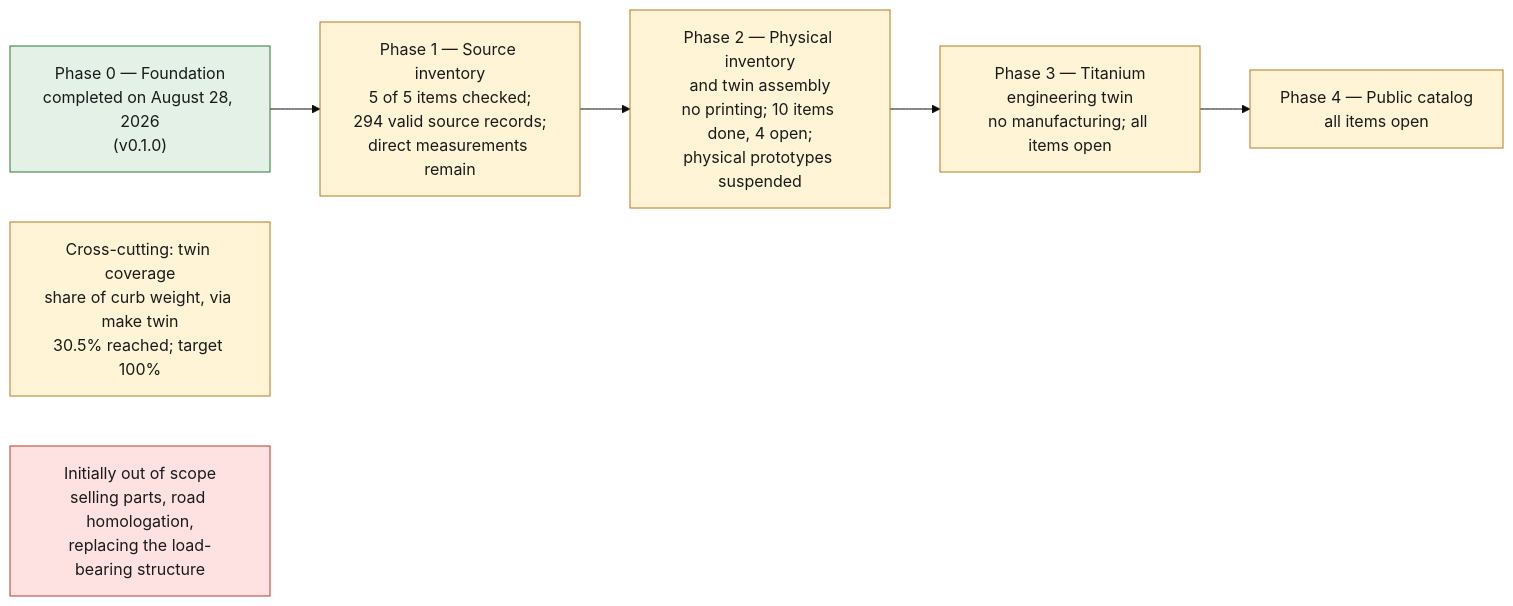
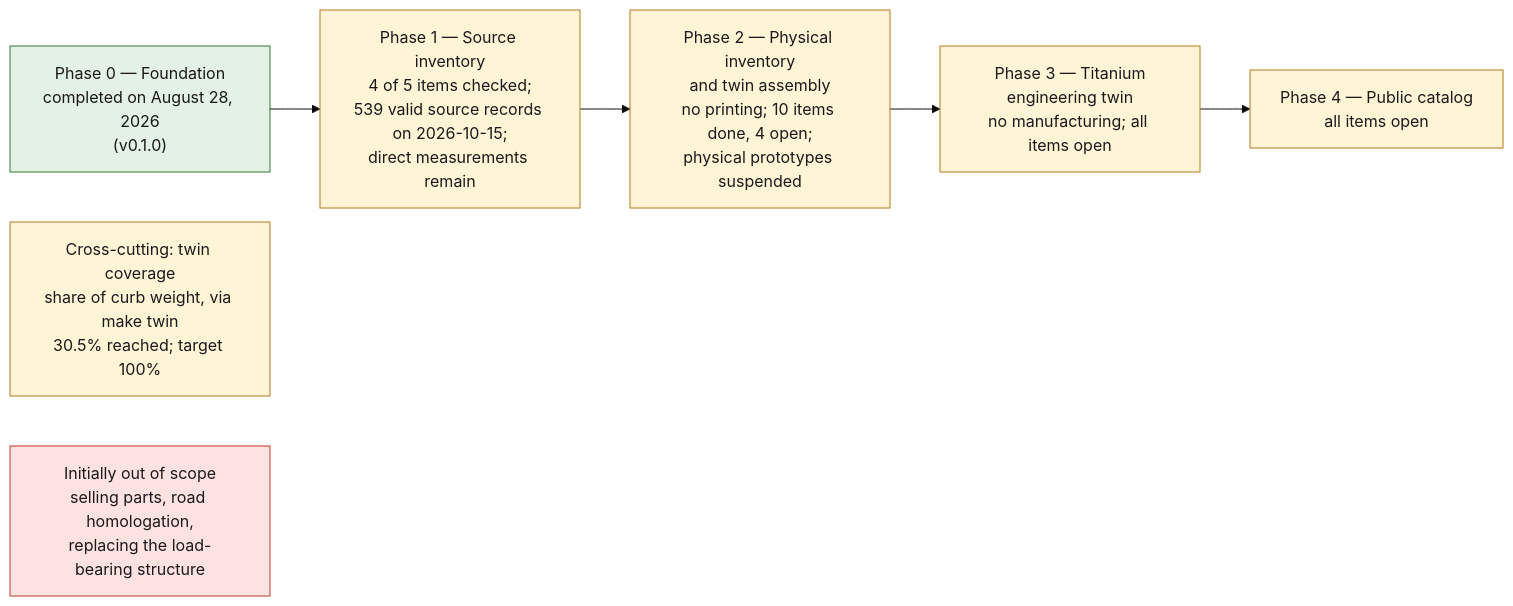
The diagram in ROADMAP.md (cluster2600/porscheparts), drawn with Mermaid (base theme) before and after one commit. The commit also changed other lines of this file and 42 other files, not shown here.

````diff
--- a/ROADMAP.md
+++ b/ROADMAP.md
@@ -5,14 +5,14 @@
 ```mermaid
 flowchart LR
     P0["Phase 0 — Foundation<br/>completed on August 28, 2026<br/>(v0.1.0)"]:::ok
-    P1["Phase 1 — Source inventory<br/>5 of 5 items checked;<br/>294 valid source records;<br/>direct measurements remain"]:::open
+    P1["Phase 1 — Source inventory<br/>4 of 5 items checked;<br/>539 valid source records on 2026-10-15;<br/>direct measurements remain"]:::open
     P2["Phase 2 — Physical inventory<br/>and twin assembly<br/>no printing; 10 items done, 4 open;<br/>physical prototypes suspended"]:::open
     P3["Phase 3 — Titanium<br/>engineering twin<br/>no manufacturing; all items open"]:::open
     P4["Phase 4 — Public catalog<br/>all items open"]:::open
     P0 --> P1 --> P2 --> P3 --> P4
     COV["Cross-cutting: twin coverage<br/>share of curb weight, via make twin<br/>30.5% reached; target 100%"]:::open
     OUT["Initially out of scope<br/>selling parts, road homologation,<br/>replacing the load-bearing structure"]:::stop
     classDef stop fill:#fde2e1,stroke:#c0392b,color:#1a1a1a;
     classDef ok fill:#e3f1e6,stroke:#2e7d32,color:#1a1a1a;
     classDef open fill:#fff4d6,stroke:#b7791f,color:#1a1a1a;
 ```
````
